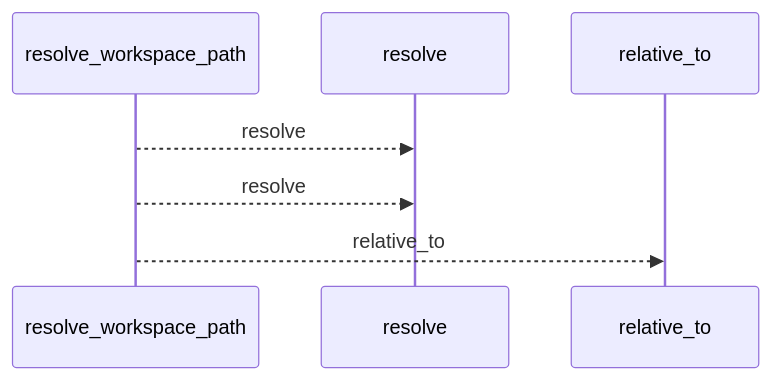
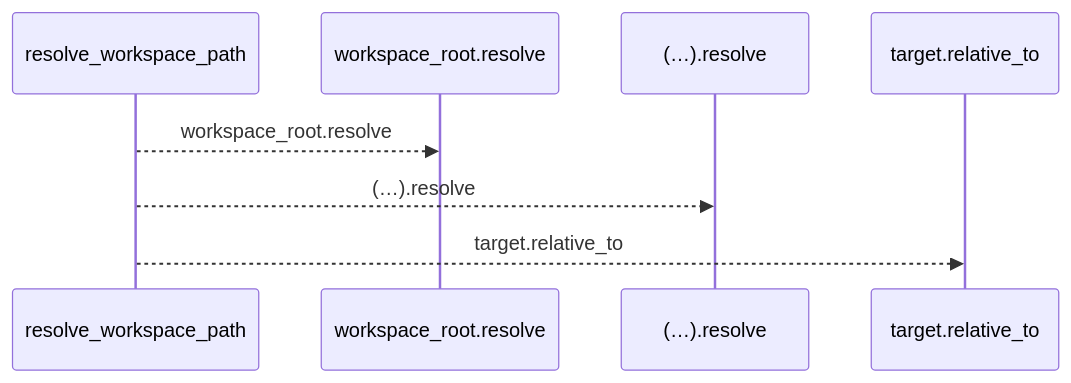
The first of 2 diagrams in docs/llm_wiki/flows/api-resolve_workspace_path.md (Denissvgn/python-wiki-llm), drawn with Mermaid before and after one commit. The commit also changed other lines of this file and 719 other files, not shown here.

````diff
--- a/docs/llm_wiki/flows/api-resolve_workspace_path.md
+++ b/docs/llm_wiki/flows/api-resolve_workspace_path.md
@@ -10,9 +10,10 @@
 ```mermaid
 sequenceDiagram
     participant p0 as resolve_workspace_path
-    participant p1 as resolve
-    participant p2 as relative_to
-    p0-->>p1: resolve
-    p0-->>p1: resolve
-    p0-->>p2: relative_to
+    participant p1 as workspace_root.resolve
+    participant p2 as (…).resolve
+    participant p3 as target.relative_to
+    p0-->>p1: workspace_root.resolve
+    p0-->>p2: (…).resolve
+    p0-->>p3: target.relative_to
 ```
````
